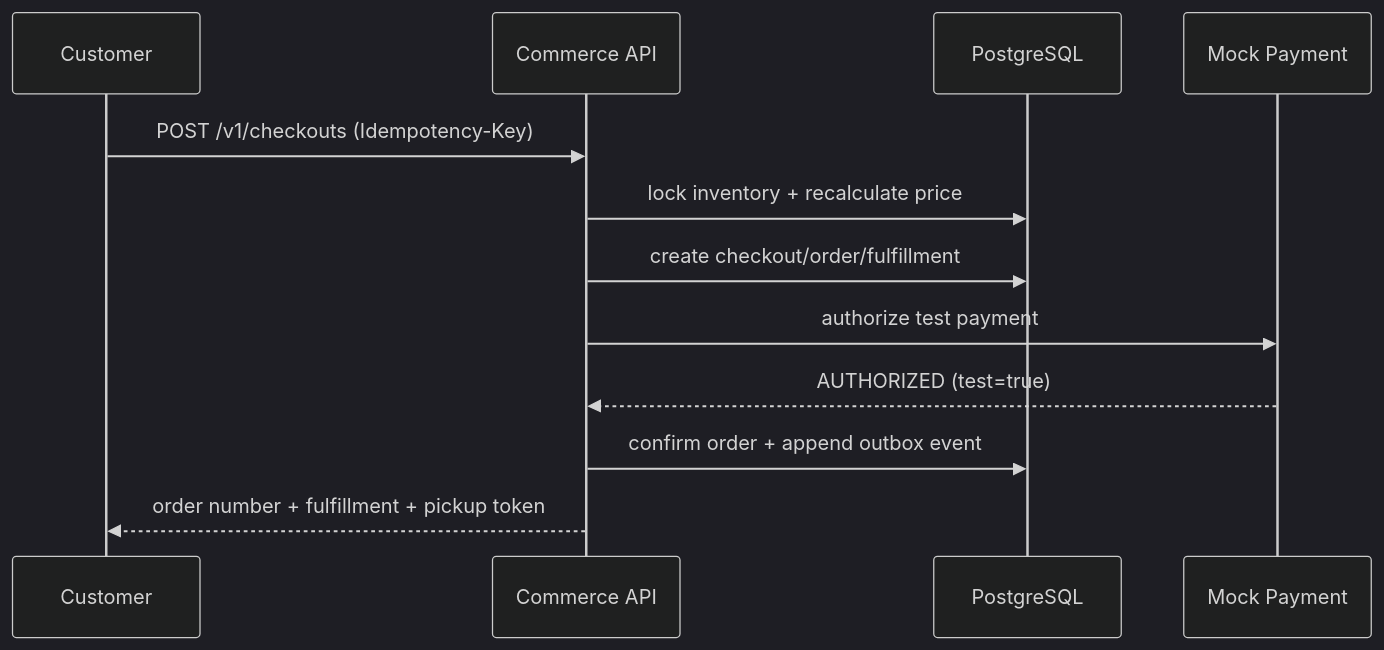
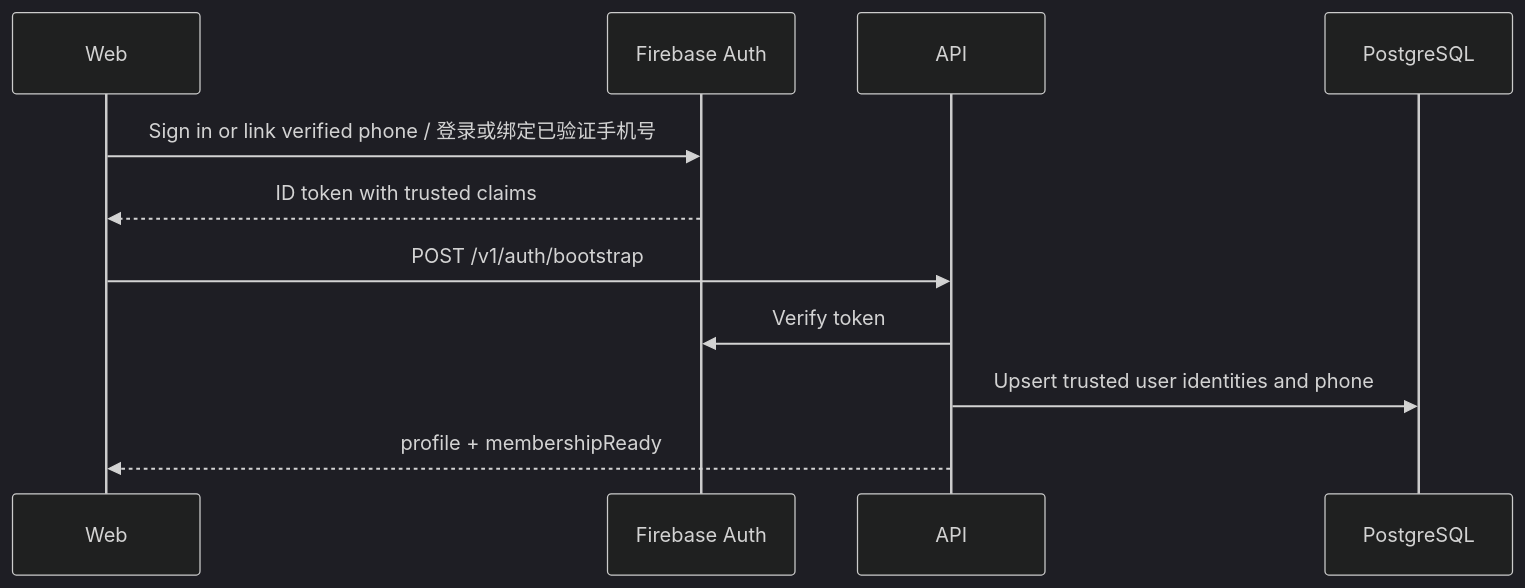
Before and after one commit to kechengyang/kiyoyo-web: the second of 3 diagrams in docs/02-system-architecture.md, drawn with Mermaid (dark theme). The commit also changed other lines of this file and 18 other files, not shown here.

Commit message:
docs: refresh bilingual architecture and workflows

````diff
--- a/docs/02-system-architecture.md
+++ b/docs/02-system-architecture.md
@@ -57,14 +45,13 @@
 ```mermaid
 sequenceDiagram
-  participant U as Customer
-  participant API as Commerce API
-  participant DB as PostgreSQL
-  participant P as Mock Payment
-  U->>API: POST /v1/checkouts (Idempotency-Key)
-  API->>DB: lock inventory + recalculate price
-  API->>DB: create checkout/order/fulfillment
-  API->>P: authorize test payment
-  P-->>API: AUTHORIZED (test=true)
-  API->>DB: confirm order + append outbox event
-  API-->>U: order number + fulfillment + pickup token
+  participant W as Web
+  participant F as Firebase Auth
+  participant A as API
+  participant D as PostgreSQL
+  W->>F: Sign in or link verified phone / 登录或绑定已验证手机号
+  F-->>W: ID token with trusted claims
+  W->>A: POST /v1/auth/bootstrap
+  A->>F: Verify token
+  A->>D: Upsert trusted user identities and phone
+  A-->>W: profile + membershipReady
 ```
````
